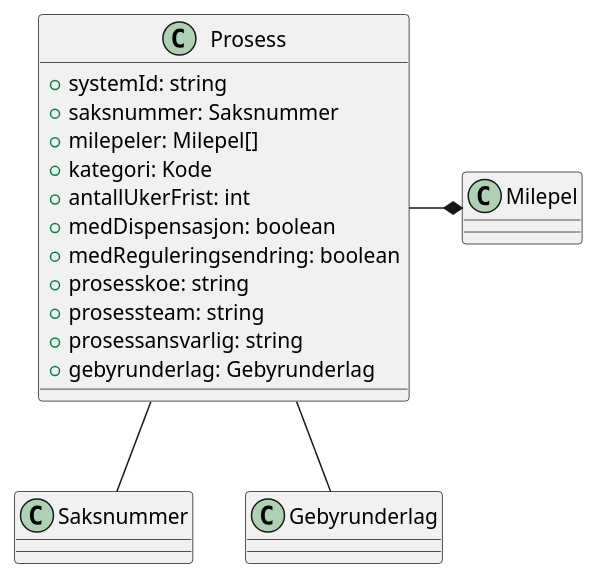
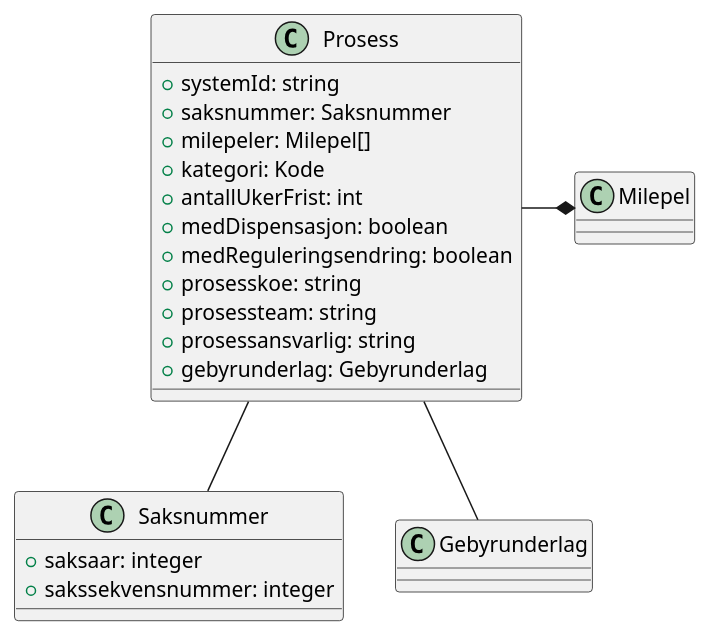
Before and after one commit to ks-no/fiks-saksfaser-specification: the diagram in Dokumentasjon/V1/ClassDiagrams/no.ks.fiks.saksfaser.v1.felles.prosess/classdiagram.pu, drawn with PlantUML. The commit also changed 14 other files, not shown here.

Commit message:
Utbedret diagrammer

```diff
--- a/Dokumentasjon/V1/ClassDiagrams/no.ks.fiks.saksfaser.v1.felles.prosess/classdiagram.pu
+++ b/Dokumentasjon/V1/ClassDiagrams/no.ks.fiks.saksfaser.v1.felles.prosess/classdiagram.pu
@@ -1,20 +1,25 @@
 @startuml
 class Prosess {
     +systemId: string
     +saksnummer: Saksnummer
     +milepeler: Milepel[]
     +kategori: Kode
     +antallUkerFrist: int
     +medDispensasjon: boolean
     +medReguleringsendring: boolean
     +prosesskoe: string
     +prosessteam: string
     +prosessansvarlig: string
     +gebyrunderlag: Gebyrunderlag
 }
 
 Prosess --Saksnummer
 Prosess -* Milepel
 Prosess -- Gebyrunderlag
 
+class Saksnummer {
+    +saksaar: integer
+    +sakssekvensnummer: integer 
+}
+
 @enduml
```
